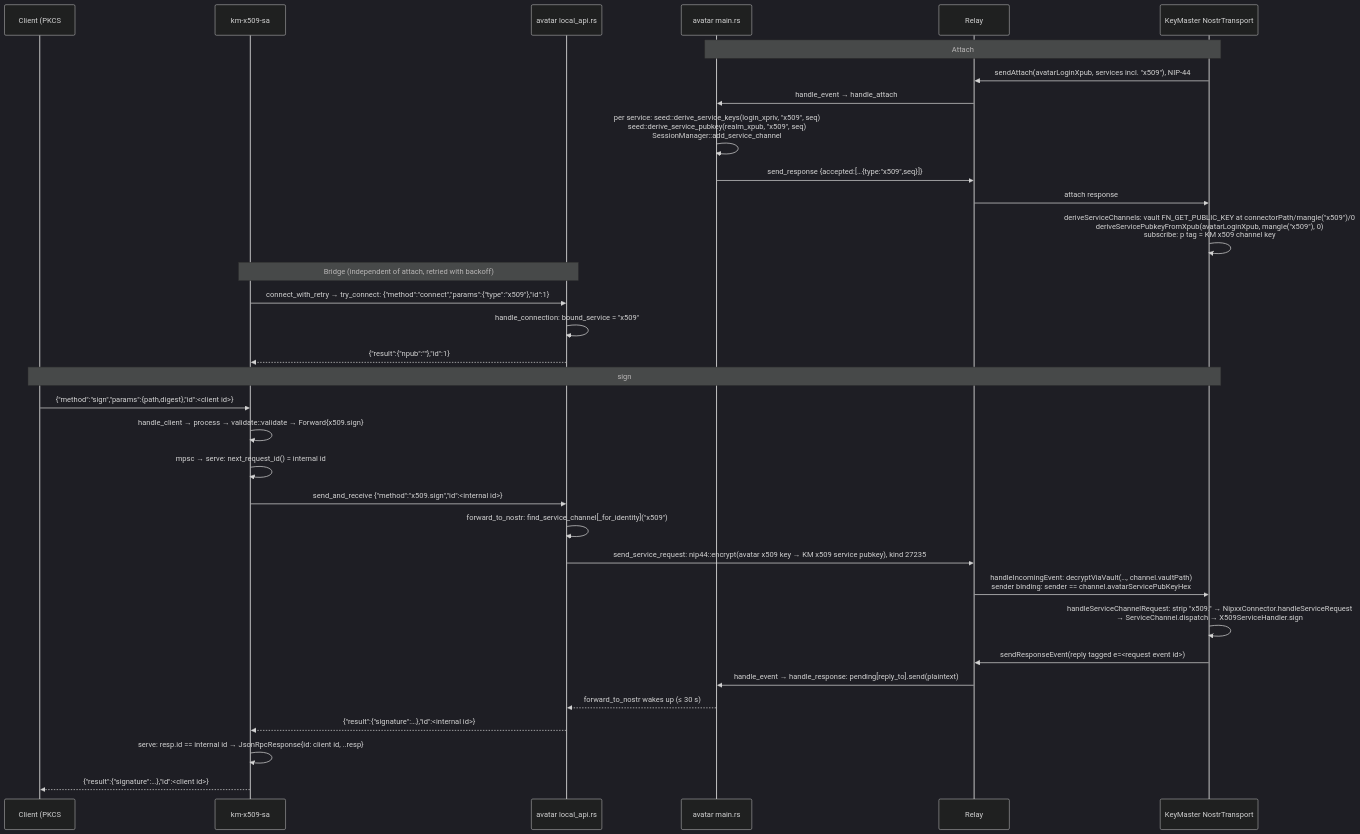
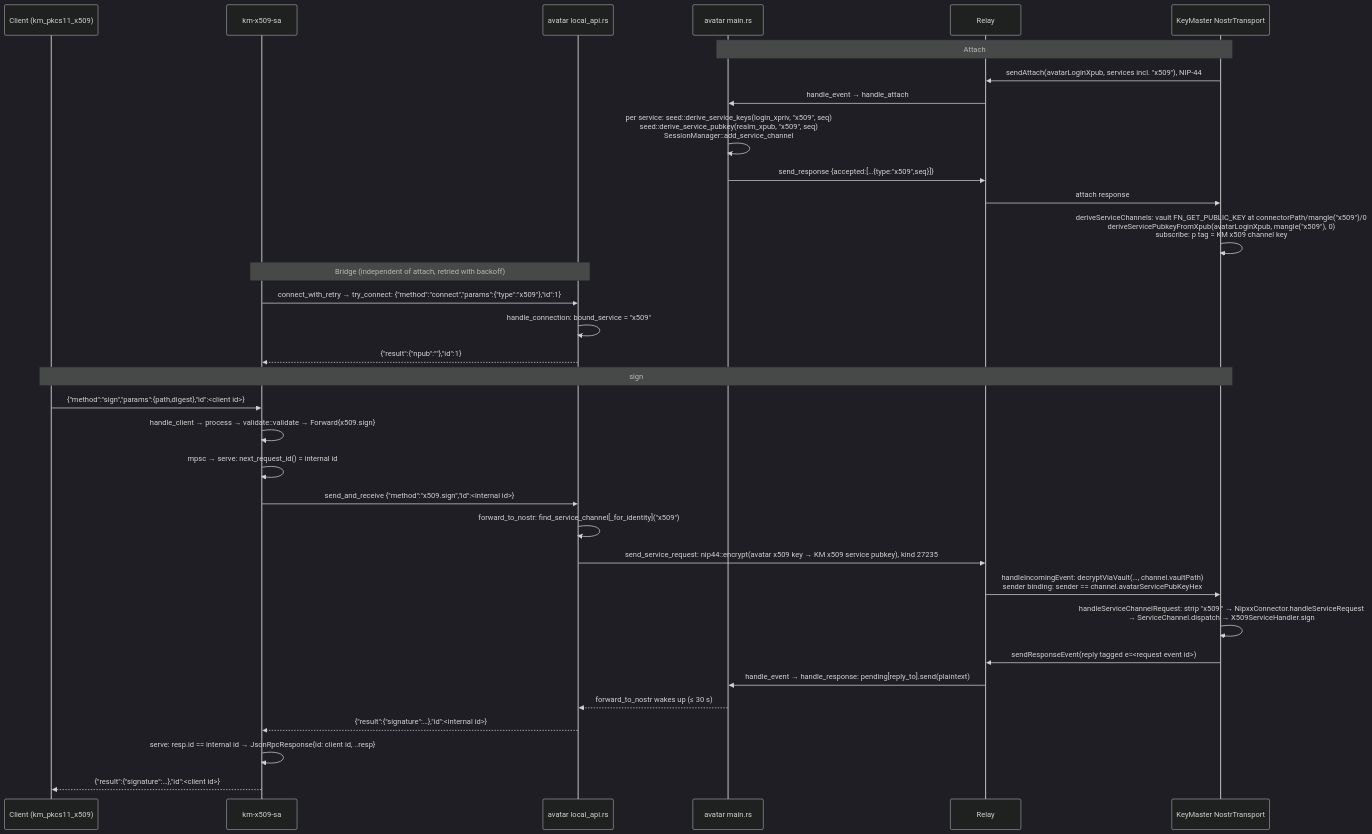
One commit to DarkWebDivingClub/keymaster-avatar changed the first of 2 diagrams in doc/x509/service.md. Above: the diagram before and after it, drawn with Mermaid (dark theme). The commit also changed other lines of this file and 23 other files, not shown here.

````diff
--- a/doc/x509/service.md
+++ b/doc/x509/service.md
@@ -132,38 +133,38 @@
 ```mermaid
 sequenceDiagram
-    participant C as Client (PKCS#11, 37.1.4)
+    participant C as Client (km_pkcs11_x509)
     participant S as km-x509-sa
     participant L as avatar local_api.rs
     participant A as avatar main.rs
     participant R as Relay
     participant K as KeyMaster NostrTransport
 
     Note over A,K: Attach
     K->>R: sendAttach(avatarLoginXpub, services incl. "x509"), NIP-44
     R->>A: handle_event → handle_attach
     A->>A: per service: seed::derive_service_keys(login_xpriv, "x509", seq)<br/>seed::derive_service_pubkey(realm_xpub, "x509", seq)<br/>SessionManager::add_service_channel
     A->>R: send_response {accepted:[…{type:"x509",seq}]}
     R->>K: attach response
     K->>K: deriveServiceChannels: vault FN_GET_PUBLIC_KEY at connectorPath/mangle("x509")/0<br/>deriveServicePubkeyFromXpub(avatarLoginXpub, mangle("x509"), 0)<br/>subscribe: p tag = KM x509 channel key
 
     Note over S,L: Bridge (independent of attach, retried with backoff)
     S->>L: connect_with_retry → try_connect: {"method":"connect","params":{"type":"x509"},"id":1}
     L->>L: handle_connection: bound_service = "x509"
     L-->>S: {"result":{"npub":""},"id":1}
 
     Note over C,K: sign
     C->>S: {"method":"sign","params":{path,digest},"id":<client id>}
     S->>S: handle_client → process → validate::validate → Forward{x509.sign}
     S->>S: mpsc → serve: next_request_id() = internal id
     S->>L: send_and_receive {"method":"x509.sign","id":<internal id>}
     L->>L: forward_to_nostr: find_service_channel[_for_identity]("x509")
     L->>R: send_service_request: nip44::encrypt(avatar x509 key → KM x509 service pubkey), kind 27235
     R->>K: handleIncomingEvent: decryptViaVault(…, channel.vaultPath)<br/>sender binding: sender == channel.avatarServicePubKeyHex
     K->>K: handleServiceChannelRequest: strip "x509." → NipxxConnector.handleServiceRequest<br/>→ ServiceChannel.dispatch → X509ServiceHandler.sign
     K->>R: sendResponseEvent(reply tagged e=<request event id>)
     R->>A: handle_event → handle_response: pending[reply_to].send(plaintext)
     A-->>L: forward_to_nostr wakes up (≤ 30 s)
     L-->>S: {"result":{"signature":…},"id":<internal id>}
     S->>S: serve: resp.id == internal id → JsonRpcResponse{id: client id, ..resp}
     S-->>C: {"result":{"signature":…},"id":<client id>}
 ```
````
